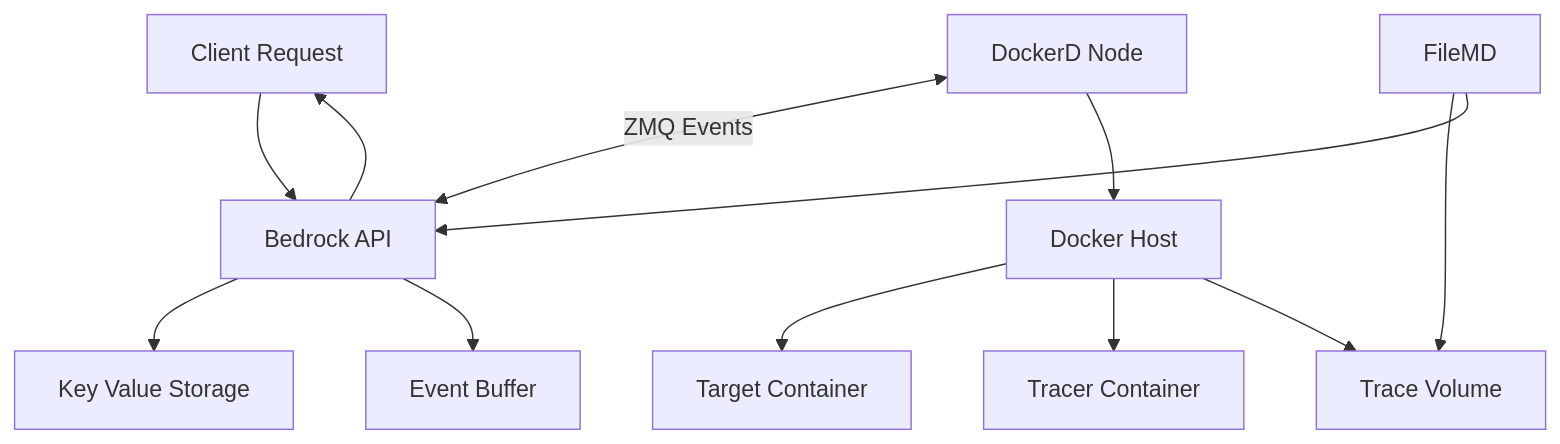
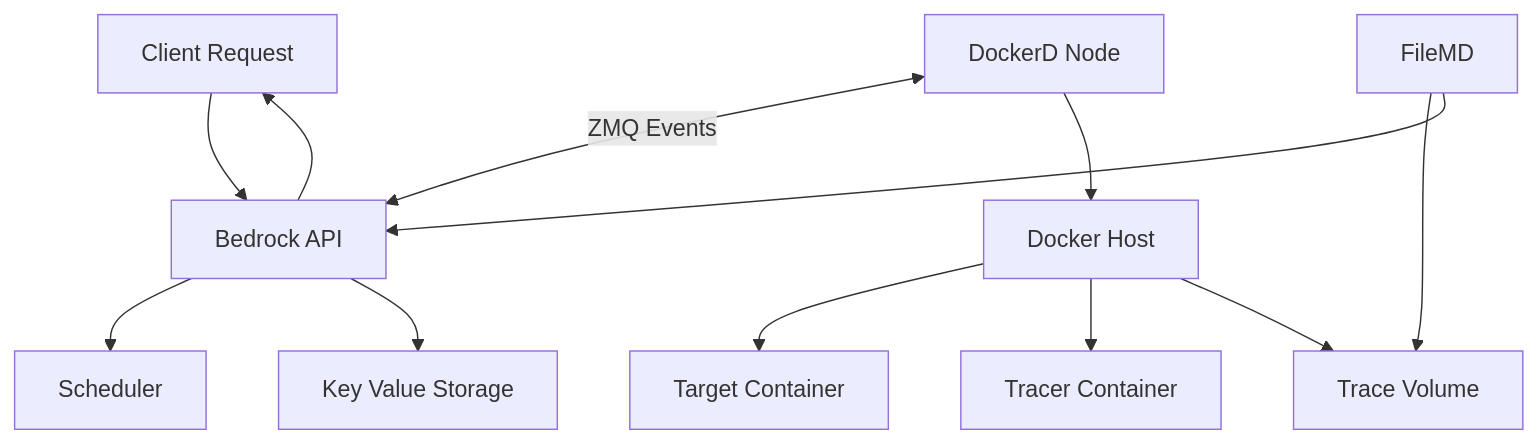
One commit to amirhnajafiz/bedrock-api changed the first of 2 diagrams in README.md. Above: the diagram before and after it, drawn with Mermaid. The commit also changed other lines of this file, not shown here.

````diff
--- a/README.md
+++ b/README.md
@@ -86,20 +89,20 @@
 ```mermaid
 flowchart TD
 
     Client[Client Request] --> API[Bedrock API]
 
+    API --> Scheduler
     API --> KV[Key Value Storage]
-    API --> EventBuffer[Event Buffer]
 
     DockerD[DockerD Node] <-->|ZMQ Events| API
 
     DockerD --> DockerHost[Docker Host]
     DockerHost --> Target[Target Container]
     DockerHost --> Tracer[Tracer Container]
     DockerHost --> Volume[Trace Volume]
 
     FileMD[FileMD] --> Volume
     FileMD --> API
 
     API --> Client
 ```
````
